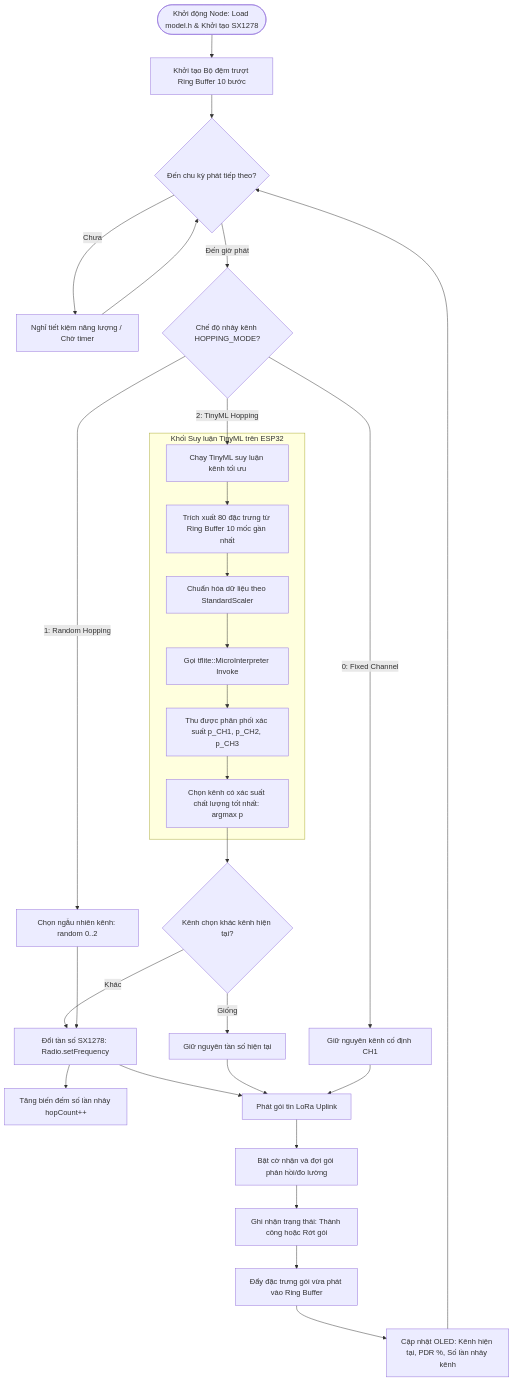
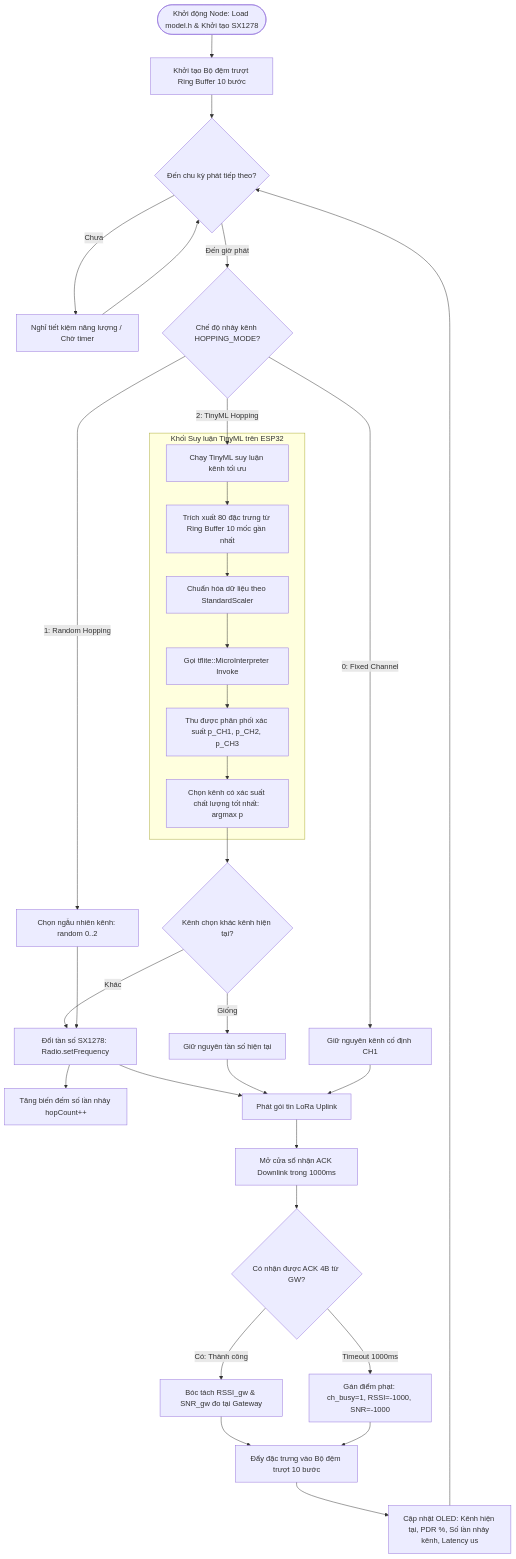
One commit to Brauuwu/LoRa_TinyML_Hopping changed the seventh of 7 diagrams in docs/SO_DO_KET_NOI_PHAN_CUNG_VA_FIRMWARE.md. Above: the diagram before and after it, drawn with Mermaid. The commit also changed other lines of this file and 2 other files, not shown here.

Commit message:
docs: add closed-loop feedback, ACK downlink, and timeout collision detection details

````diff
--- a/docs/SO_DO_KET_NOI_PHAN_CUNG_VA_FIRMWARE.md
+++ b/docs/SO_DO_KET_NOI_PHAN_CUNG_VA_FIRMWARE.md
@@ -373,35 +373,38 @@
 ```mermaid
 flowchart TD
     Setup([Khởi động Node: Load model.h & Khởi tạo SX1278]) --> InitBuffer[Khởi tạo Bộ đệm trượt Ring Buffer 10 bước]
     InitBuffer --> WaitTxTimer{Đến chu kỳ phát tiếp theo?}
   
     WaitTxTimer -- Chưa --> YieldCPU[Nghỉ tiết kiệm năng lượng / Chờ timer] --> WaitTxTimer
     WaitTxTimer -- Đến giờ phát --> ModeSelect{Chế độ nhảy kênh HOPPING_MODE?}
   
     ModeSelect -- 0: Fixed Channel --> KeepChannel[Giữ nguyên kênh cố định CH1]
     ModeSelect -- 1: Random Hopping --> RndChannel[Chọn ngẫu nhiên kênh: random 0..2]
     ModeSelect -- 2: TinyML Hopping --> ML_Inference[Chạy TinyML suy luận kênh tối ưu]
   
     subgraph INFERENCE_BLOCK [Khối Suy luận TinyML trên ESP32]
         ML_Inference --> ExtractFeat[Trích xuất 80 đặc trưng từ Ring Buffer 10 mốc gần nhất]
         ExtractFeat --> ScaleFeat[Chuẩn hóa dữ liệu theo StandardScaler]
         ScaleFeat --> TFLiteInvoke[Gọi tflite::MicroInterpreter Invoke]
         TFLiteInvoke --> SoftmaxOut[Thu được phân phối xác suất p_CH1, p_CH2, p_CH3]
         SoftmaxOut --> ArgMax[Chọn kênh có xác suất chất lượng tốt nhất: argmax p]
     end
 
     ArgMax --> CheckChange{Kênh chọn khác kênh hiện tại?}
     CheckChange -- Khác --> TuneRadio[Đổi tần số SX1278: Radio.setFrequency] --> IncHop[Tăng biến đếm số lần nhảy hopCount++]
     CheckChange -- Giống --> SkipTune[Giữ nguyên tần số hiện tại]
   
     TuneRadio --> SendPkt[Phát gói tin LoRa Uplink]
     SkipTune --> SendPkt
     KeepChannel --> SendPkt
     RndChannel --> TuneRadio
   
-    SendPkt --> WaitAck[Bật cờ nhận và đợi gói phản hồi/đo lường]
-    WaitAck --> RecordStatus[Ghi nhận trạng thái: Thành công hoặc Rớt gói]
-    RecordStatus --> PushBuffer[Đẩy đặc trưng gói vừa phát vào Ring Buffer]
-    PushBuffer --> UpdateOLED[Cập nhật OLED: Kênh hiện tại, PDR %, Số lần nhảy kênh]
+    SendPkt --> WaitAck[Mở cửa sổ nhận ACK Downlink trong 1000ms]
+    WaitAck --> CheckAckResult{Có nhận được ACK 4B từ GW?}
+    CheckAckResult -- Có: Thành công --> ParseAck[Bóc tách RSSI_gw & SNR_gw đo tại Gateway]
+    CheckAckResult -- Timeout 1000ms --> SetPenalty[Gán điểm phạt: ch_busy=1, RSSI=-1000, SNR=-1000]
+    ParseAck --> PushBuffer[Đẩy đặc trưng vào Bộ đệm trượt 10 bước]
+    SetPenalty --> PushBuffer
+    PushBuffer --> UpdateOLED[Cập nhật OLED: Kênh hiện tại, PDR %, Số lần nhảy kênh, Latency us]
     UpdateOLED --> WaitTxTimer
 ```
````
